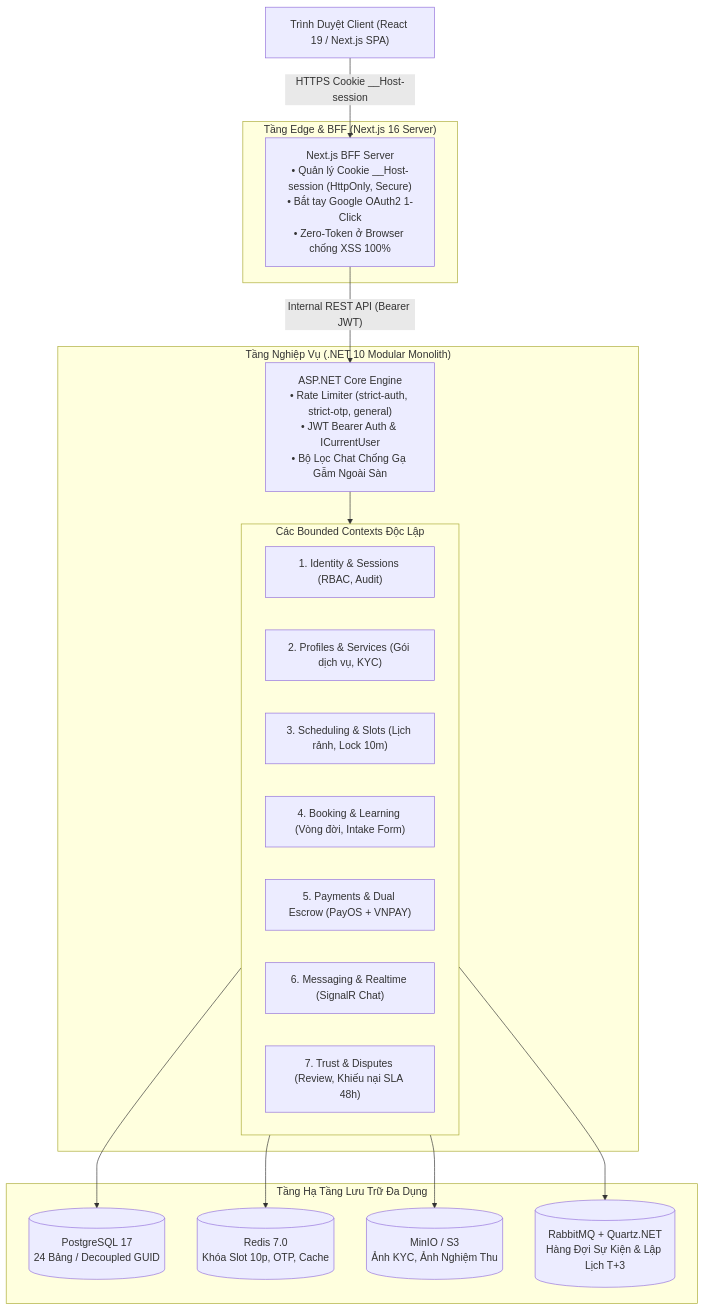
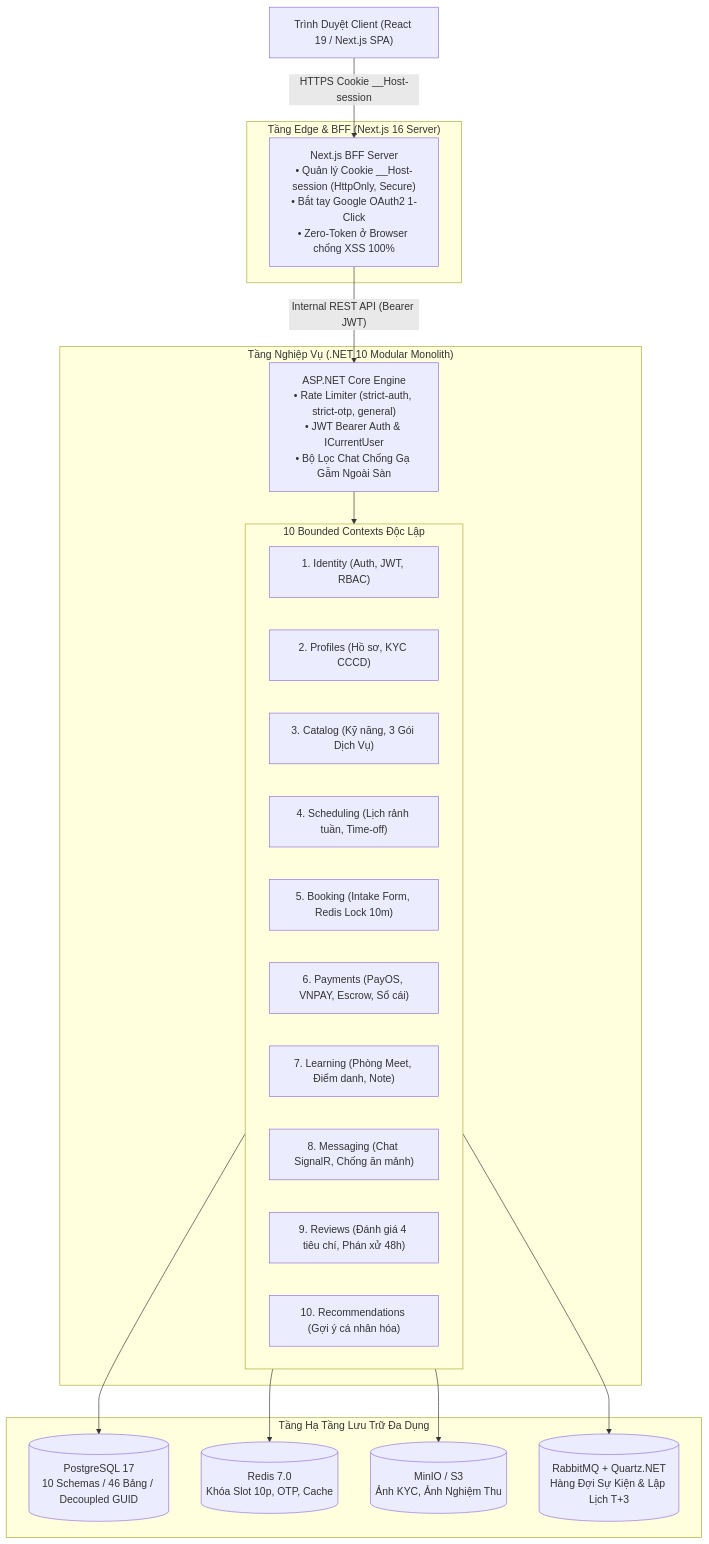
The first of 2 diagrams in docs/system-overview.md (SkillBrigde/skillbridge-api), drawn with Mermaid before and after one commit. The commit also changed 37 other files, not shown here.

````diff
--- a/docs/system-overview.md
+++ b/docs/system-overview.md
@@ -26,37 +26,40 @@
 ```mermaid
 graph TB
     Browser["Trình Duyệt Client (React 19 / Next.js SPA)"]
     
     subgraph BFF_Layer ["Tầng Edge & BFF (Next.js 16 Server)"]
         BFF["Next.js BFF Server<br/>• Quản lý Cookie __Host-session (HttpOnly, Secure)<br/>• Bắt tay Google OAuth2 1-Click<br/>• Zero-Token ở Browser chống XSS 100%"]
     end
 
     subgraph Core_API ["Tầng Nghiệp Vụ (.NET 10 Modular Monolith)"]
         Gateway["ASP.NET Core Engine<br/>• Rate Limiter (strict-auth, strict-otp, general)<br/>• JWT Bearer Auth & ICurrentUser<br/>• Bộ Lọc Chat Chống Gạ Gẫm Ngoài Sàn"]
         
-        subgraph Sub_Modules ["Các Bounded Contexts Độc Lập"]
-            M1["1. Identity & Sessions (RBAC, Audit)"]
-            M2["2. Profiles & Services (Gói dịch vụ, KYC)"]
-            M3["3. Scheduling & Slots (Lịch rảnh, Lock 10m)"]
-            M4["4. Booking & Learning (Vòng đời, Intake Form)"]
-            M5["5. Payments & Dual Escrow (PayOS + VNPAY)"]
-            M6["6. Messaging & Realtime (SignalR Chat)"]
-            M7["7. Trust & Disputes (Review, Khiếu nại SLA 48h)"]
+        subgraph Sub_Modules ["10 Bounded Contexts Độc Lập"]
+            M1["1. Identity (Auth, JWT, RBAC)"]
+            M2["2. Profiles (Hồ sơ, KYC CCCD)"]
+            M3["3. Catalog (Kỹ năng, 3 Gói Dịch Vụ)"]
+            M4["4. Scheduling (Lịch rảnh tuần, Time-off)"]
+            M5["5. Booking (Intake Form, Redis Lock 10m)"]
+            M6["6. Payments (PayOS, VNPAY, Escrow, Sổ cái)"]
+            M7["7. Learning (Phòng Meet, Điểm danh, Note)"]
+            M8["8. Messaging (Chat SignalR, Chống ăn mảnh)"]
+            M9["9. Reviews (Đánh giá 4 tiêu chí, Phán xử 48h)"]
+            M10["10. Recommendations (Gợi ý cá nhân hóa)"]
         end
     end
 
     subgraph Data_Layer ["Tầng Hạ Tầng Lưu Trữ Đa Dụng"]
-        PG[("PostgreSQL 17<br/>24 Bảng / Decoupled GUID")]
+        PG[("PostgreSQL 17<br/>10 Schemas / 46 Bảng / Decoupled GUID")]
         Redis[("Redis 7.0<br/>Khóa Slot 10p, OTP, Cache")]
         MinIO[("MinIO / S3<br/>Ảnh KYC, Ảnh Nghiệm Thu")]
         RabbitMQ[("RabbitMQ + Quartz.NET<br/>Hàng Đợi Sự Kiện & Lập Lịch T+3")]
     end
 
     Browser -->|"HTTPS Cookie __Host-session"| BFF
     BFF -->|"Internal REST API (Bearer JWT)"| Gateway
     Gateway --> Sub_Modules
     Sub_Modules --> PG
     Sub_Modules --> Redis
     Sub_Modules --> MinIO
     Sub_Modules --> RabbitMQ
 ```
````
